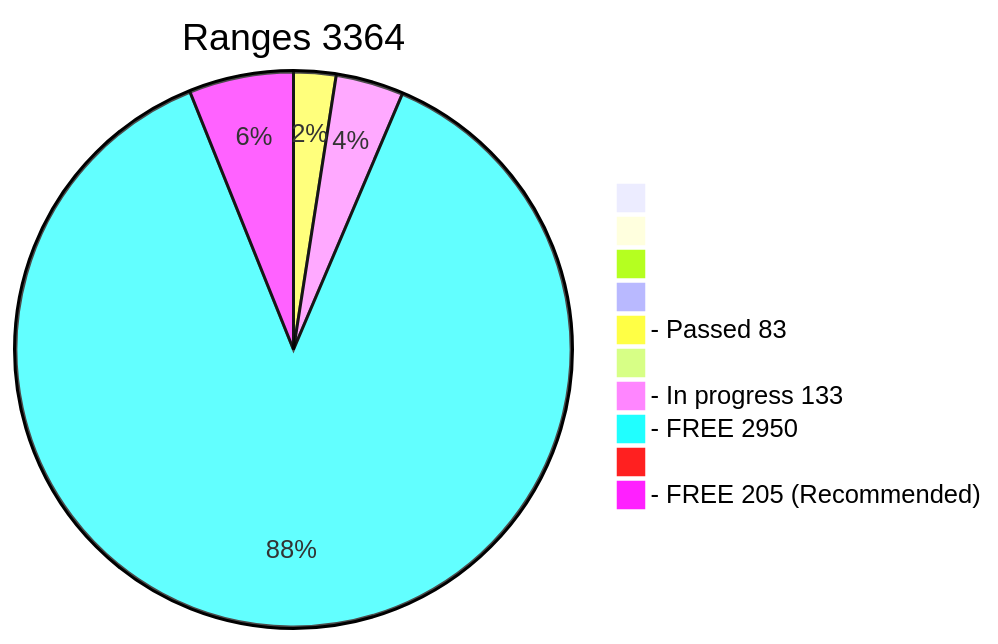
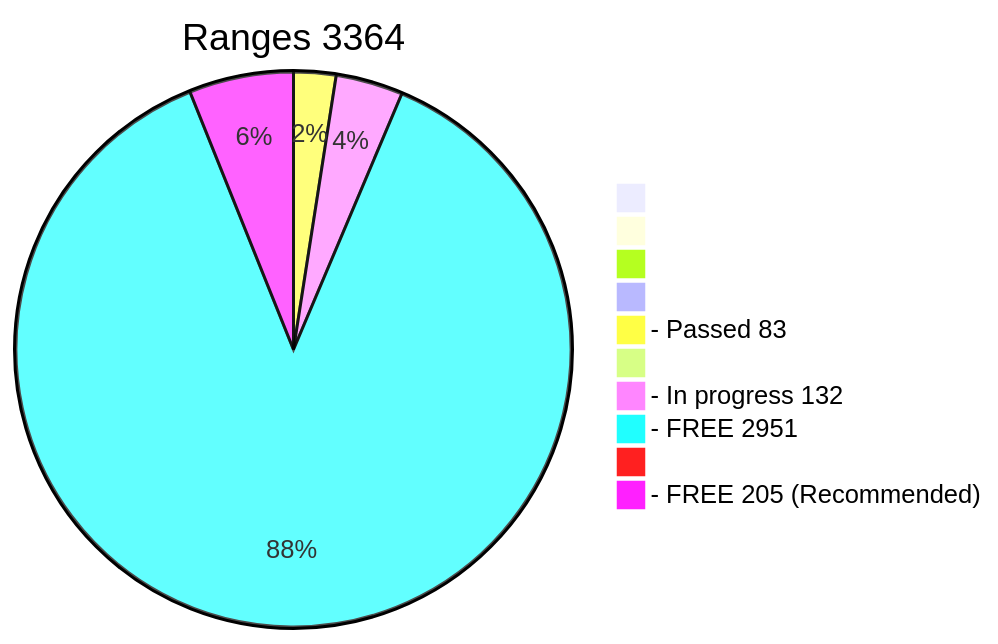
Before and after one commit to phrutis/wif500: the diagram in x64/Release/table.md, drawn with Mermaid. The commit also changed other lines of this file, not shown here.

````diff
--- a/x64/Release/table.md
+++ b/x64/Release/table.md
@@ -3,13 +3,13 @@
 ```mermaid
 pie title Ranges 3364
   " " : 0
   "  " : 0
   "   " : 0
   "    " : 0
   "- Passed 83" : 83
   "     " : 0
-  "- In progress 133" : 133
-  "- FREE 2950" : 2950
+  "- In progress 132" : 132
+  "- FREE 2951" : 2951
   "      " : 0
   "- FREE 205 (Recommended)" : 205
 ```
````
